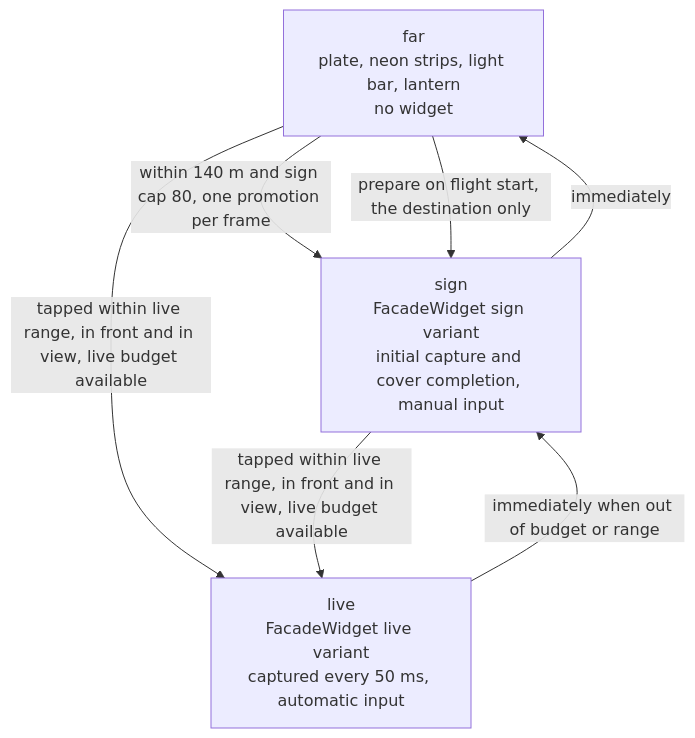
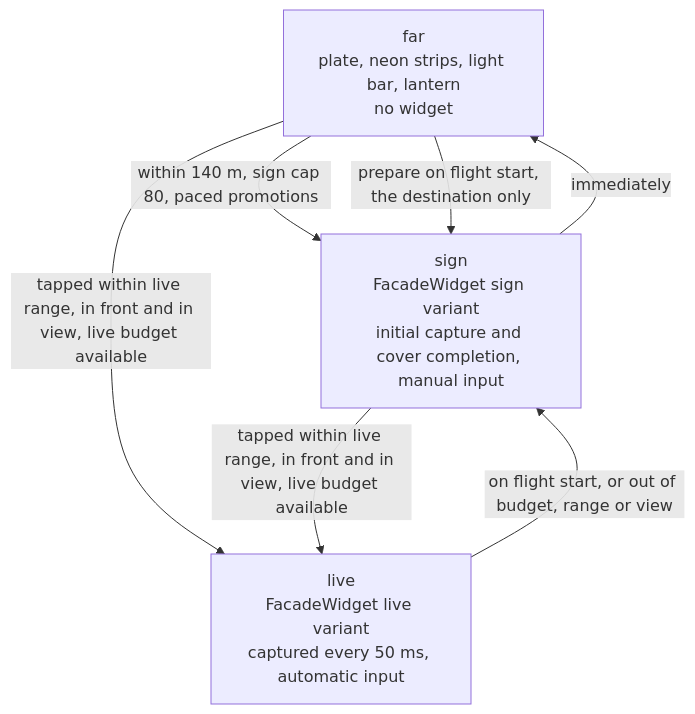
The fourth of 6 diagrams in knowledge/features/plaza.md (matthiasn/lotti), drawn with Mermaid before and after one commit. The commit also changed other lines of this file and 19 other files, not shown here.

````diff
--- a/knowledge/features/plaza.md
+++ b/knowledge/features/plaza.md
@@ -649,9 +659,9 @@
 ```mermaid
 flowchart TD
-  Far["far<br/>plate, neon strips, light bar, lantern<br/>no widget"] -->|"within 140 m and sign cap 80, one promotion per frame"| Sign["sign<br/>FacadeWidget sign variant<br/>initial capture and cover completion, manual input"]
+  Far["far<br/>plate, neon strips, light bar, lantern<br/>no widget"] -->|"within 140 m, sign cap 80, paced promotions"| Sign["sign<br/>FacadeWidget sign variant<br/>initial capture and cover completion, manual input"]
   Far -->|"tapped within live range, in front and in view, live budget available"| Live["live<br/>FacadeWidget live variant<br/>captured every 50 ms, automatic input"]
   Sign -->|"tapped within live range, in front and in view, live budget available"| Live
-  Live -->|"immediately when out of budget or range"| Sign
+  Live -->|"on flight start, or out of budget, range or view"| Sign
   Sign -->|"immediately"| Far
   Far -->|"prepare on flight start, the destination only"| Sign
 ```
````
